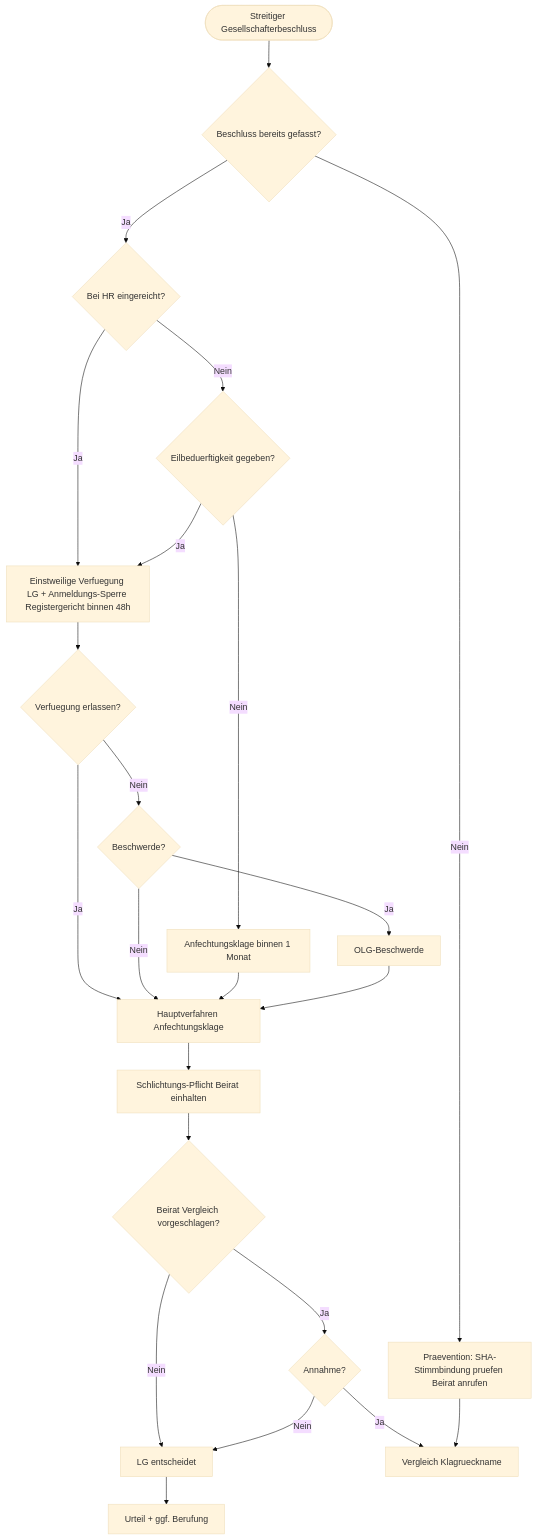
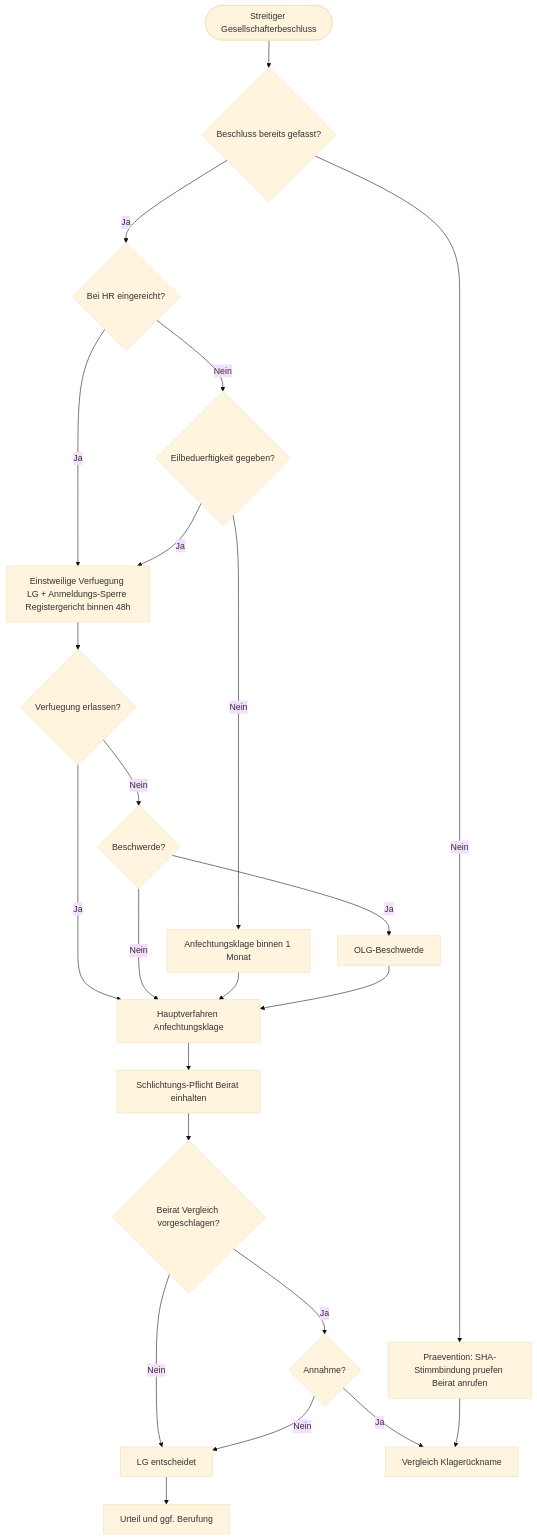
Before and after one commit to ogreiner76/claude-fuer-deutsches-recht: the fourth of 4 diagrams in gesellschaftsgruender/skills/gesellschaftsgruender-intake-decision-tree/SKILL.md, drawn with Mermaid (base theme). The commit also changed other lines of this file and 244 other files, not shown here.

````diff
--- a/gesellschaftsgruender/skills/gesellschaftsgruender-intake-decision-tree/SKILL.md
+++ b/gesellschaftsgruender/skills/gesellschaftsgruender-intake-decision-tree/SKILL.md
@@ -141,32 +194,32 @@
 ```mermaid
 flowchart TD
     Start([Streitiger Gesellschafterbeschluss]) --> Q1{Beschluss bereits gefasst?}
     Q1 -->|Nein| Pravention[Praevention: SHA-Stimmbindung pruefen Beirat anrufen]
     Q1 -->|Ja| Q2{Bei HR eingereicht?}
 
     Q2 -->|Nein| Q3{Eilbeduerftigkeit gegeben?}
     Q2 -->|Ja| Sofort_eA[Einstweilige Verfuegung LG + Anmeldungs-Sperre Registergericht binnen 48h]
 
     Q3 -->|Ja| Sofort_eA
     Q3 -->|Nein| Anfechtungsklage[Anfechtungsklage binnen 1 Monat]
 
     Sofort_eA --> Q4{Verfuegung erlassen?}
     Q4 -->|Ja| Hauptverfahren[Hauptverfahren Anfechtungsklage]
     Q4 -->|Nein| Q5{Beschwerde?}
     Q5 -->|Ja| OLG[OLG-Beschwerde]
     Q5 -->|Nein| Hauptverfahren
 
     Anfechtungsklage --> Hauptverfahren
     OLG --> Hauptverfahren
 
     Hauptverfahren --> Beirat[Schlichtungs-Pflicht Beirat einhalten]
     Beirat --> Q6{Beirat Vergleich vorgeschlagen?}
     Q6 -->|Ja| Q7{Annahme?}
     Q6 -->|Nein| Verfahren_weiter[LG entscheidet]
 
-    Q7 -->|Ja| Vergleich[Vergleich Klagrueckname]
+    Q7 -->|Ja| Vergleich[Vergleich Klagerückname]
     Q7 -->|Nein| Verfahren_weiter
 
-    Verfahren_weiter --> Urteil[Urteil + ggf. Berufung]
+    Verfahren_weiter --> Urteil[Urteil und ggf. Berufung]
     Pravention --> Vergleich
 ```
````
